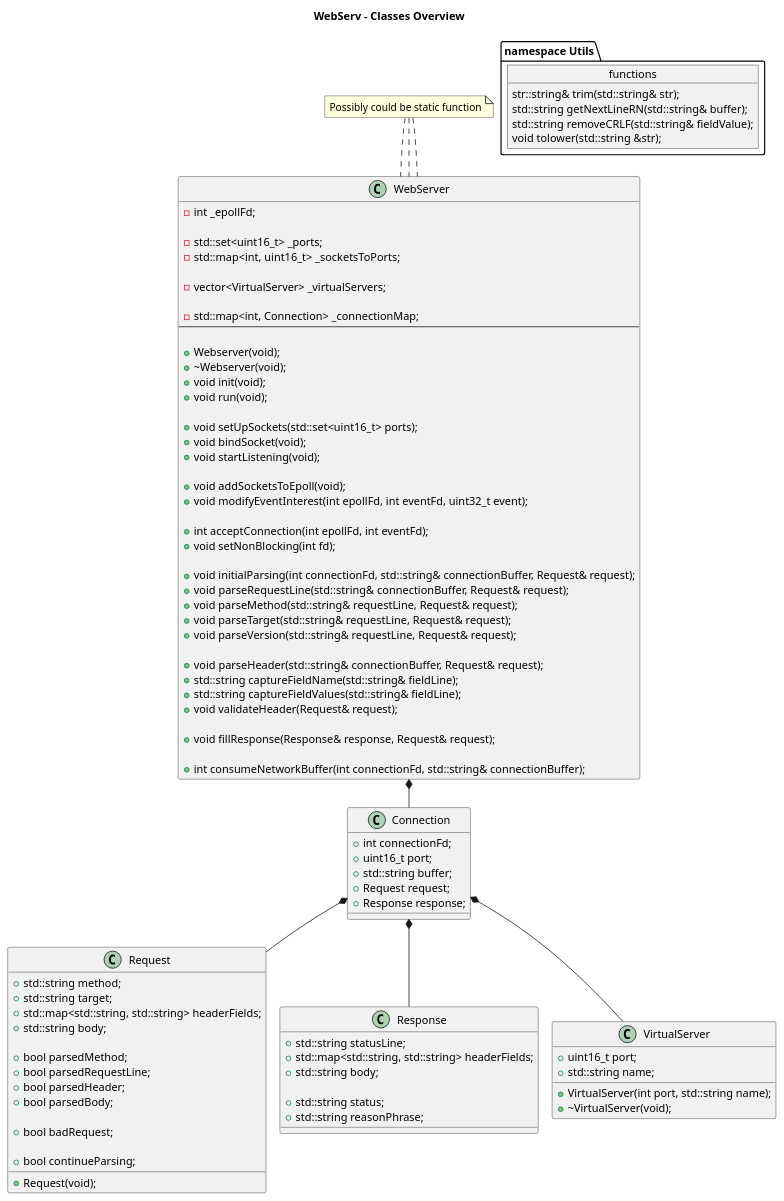
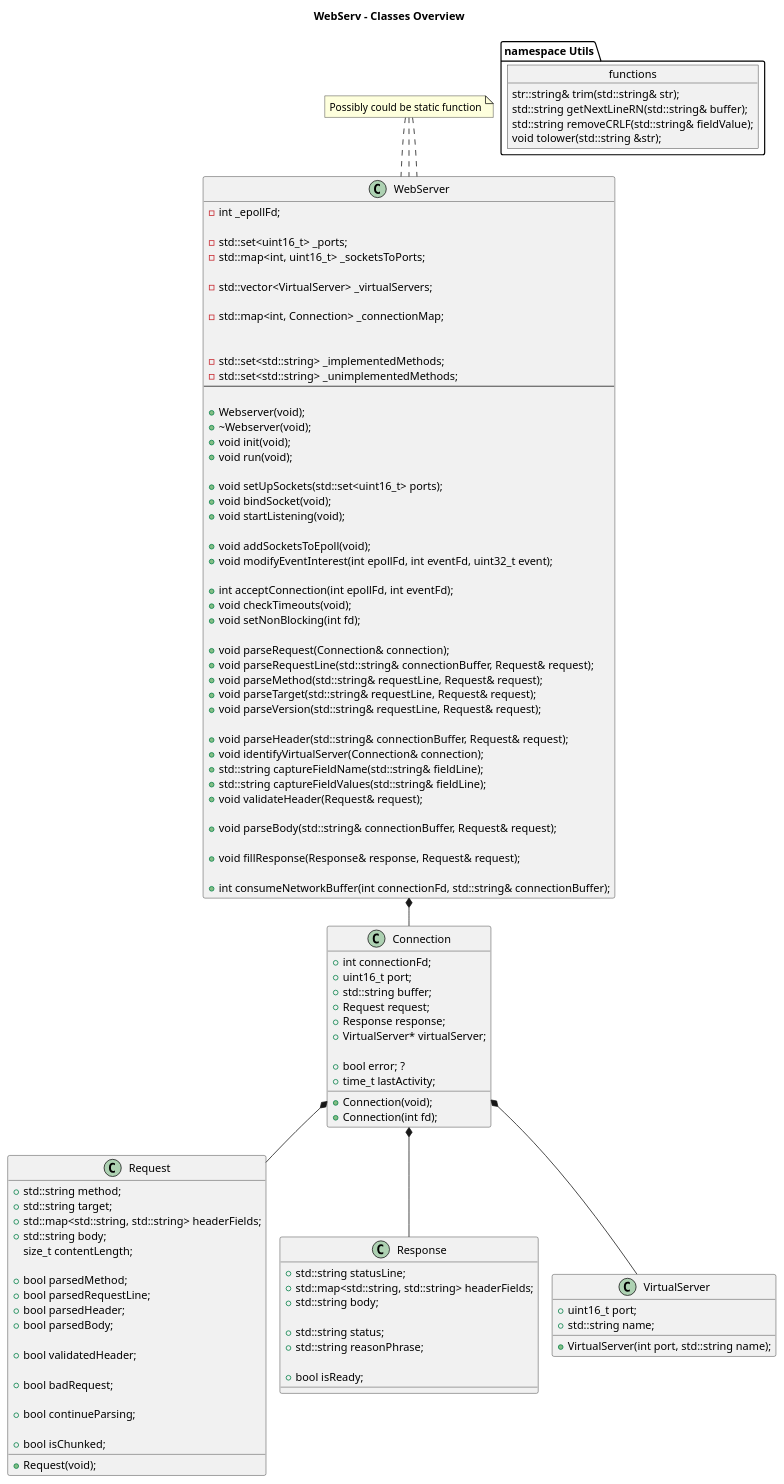
One commit to thaisnishimoto/42sp_Webserv changed the diagram in docs/webservSchema.puml. Above: the diagram before and after it, drawn with PlantUML. The commit also changed 1 other file, not shown here.

Commit message:
docs: updating plantUML for webservSchema

```diff
--- a/docs/webservSchema.puml
+++ b/docs/webservSchema.puml
@@ -1,116 +1,137 @@
 @startuml
 !pragma layout smetana
 
 Title WebServ - Classes Overview
 
 WebServer *-- Connection
 Connection *-- Request
 Connection *-- Response
 Connection *-- VirtualServer
 
 class WebServer
 {
 	-int _epollFd;
 
 	-std::set<uint16_t> _ports;
 	-std::map<int, uint16_t> _socketsToPorts;
 
-	-vector<VirtualServer> _virtualServers;
+	-std::vector<VirtualServer> _virtualServers;
 
 	-std::map<int, Connection> _connectionMap;
+
+
+	-std::set<std::string> _implementedMethods;
+	-std::set<std::string> _unimplementedMethods;
 	--
 
 	+Webserver(void);
 	+\~Webserver(void);
 	+void init(void);
 	+void run(void);
 
 	+void setUpSockets(std::set<uint16_t> ports);
 	+void bindSocket(void);
 	+void startListening(void);
 
 	+void addSocketsToEpoll(void);
 	+void modifyEventInterest(int epollFd, int eventFd, uint32_t event);
 
 	+int acceptConnection(int epollFd, int eventFd);
+	+void checkTimeouts(void);
 	+void setNonBlocking(int fd);
 
-	+void initialParsing(int connectionFd, std::string& connectionBuffer, Request& request);
+	+void parseRequest(Connection& connection);
 	+void parseRequestLine(std::string& connectionBuffer, Request& request);
 	+void parseMethod(std::string& requestLine, Request& request);
 	+void parseTarget(std::string& requestLine, Request& request);
 	+void parseVersion(std::string& requestLine, Request& request);
 
 	+void parseHeader(std::string& connectionBuffer, Request& request);
+	+void identifyVirtualServer(Connection& connection);
 	+std::string captureFieldName(std::string& fieldLine);
 	+std::string captureFieldValues(std::string& fieldLine);
 	+void validateHeader(Request& request);
+
+	+void parseBody(std::string& connectionBuffer, Request& request);
 
 	+void fillResponse(Response& response, Request& request);
 
 	+int consumeNetworkBuffer(int connectionFd, std::string& connectionBuffer);
 }
 
 note "Possibly could be static function" as N1
 N1  .. WebServer::parseMethod
 N1  .. WebServer::parseTarget
 N1  .. WebServer::parseVersion
 
 class VirtualServer
 {
 	+uint16_t port;
 	+std::string name;
 
 	+VirtualServer(int port, std::string name);
-	+\~VirtualServer(void);
 }
 
 class	Request
 {
 	+std::string method;
 	+std::string target;
 	+std::map<std::string, std::string> headerFields;
 	+std::string body;
+	size_t contentLength;
 
 	+bool parsedMethod;
 	+bool parsedRequestLine;
 	+bool parsedHeader;
 	+bool parsedBody;
 
+	+bool validatedHeader;
+
 	+bool badRequest;
 
 	+bool continueParsing;
+
+	+bool isChunked;
 
 	+Request(void);
 }
 
 class	Response
 {
 	+std::string statusLine;
 	+std::map<std::string, std::string> headerFields;
 	+std::string body;
 
 	+std::string status;
 	+std::string reasonPhrase;
+
+	+bool isReady;
 }
 
 class Connection
 {
 	+int connectionFd;
 	+uint16_t port;
 	+std::string buffer;
 	+Request request;
 	+Response response;
+	+VirtualServer* virtualServer;
+
+	+bool error; ?
+	+time_t lastActivity;
+
+	+Connection(void);
+	+Connection(int fd);
 }
 
 package "namespace Utils"
 {
 	object functions{
 		str::string& trim(std::string& str);
 		std::string getNextLineRN(std::string& buffer);
 		std::string removeCRLF(std::string& fieldValue);
 		void tolower(std::string &str);
 	}
 }
 
 @enduml
```
